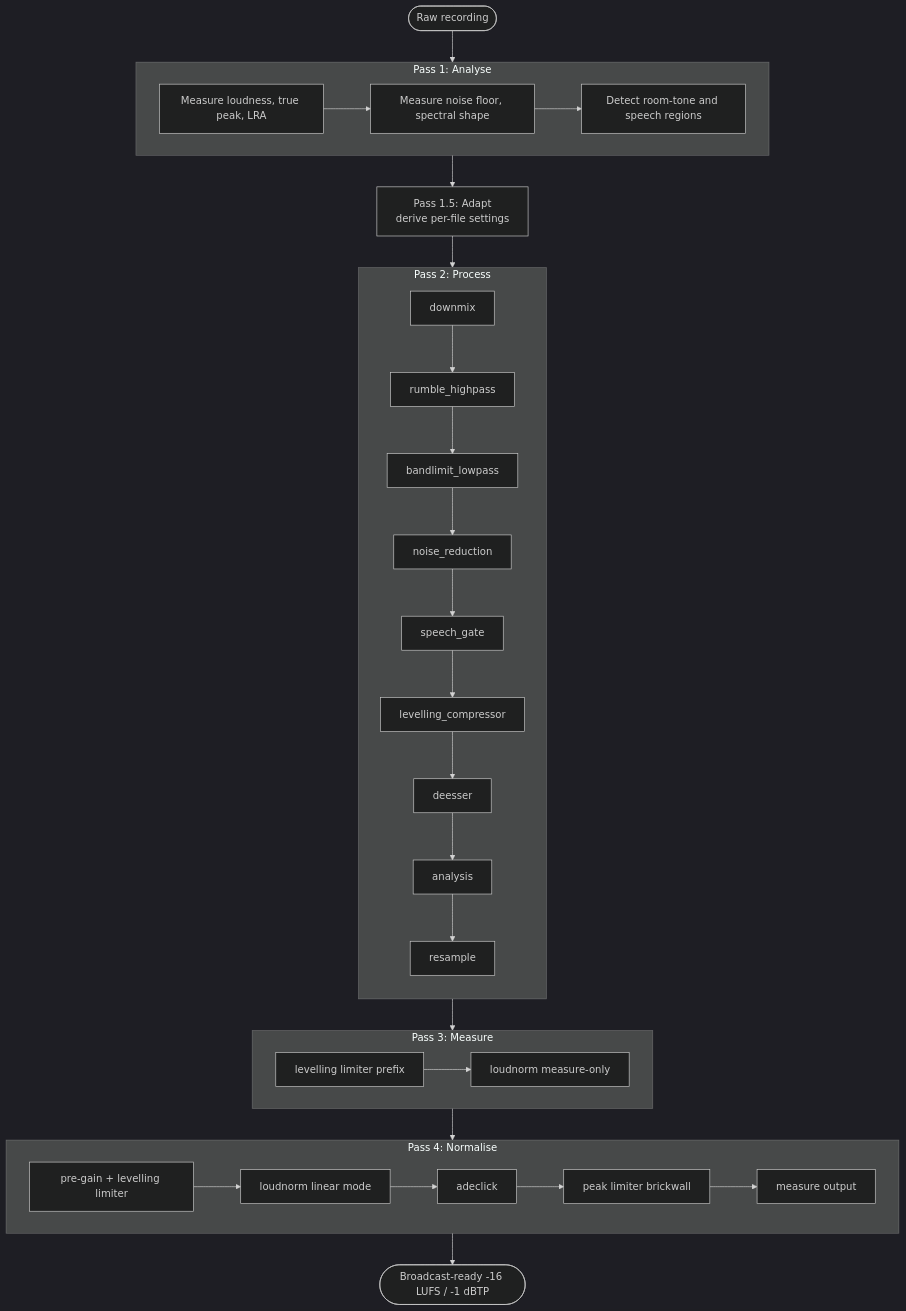
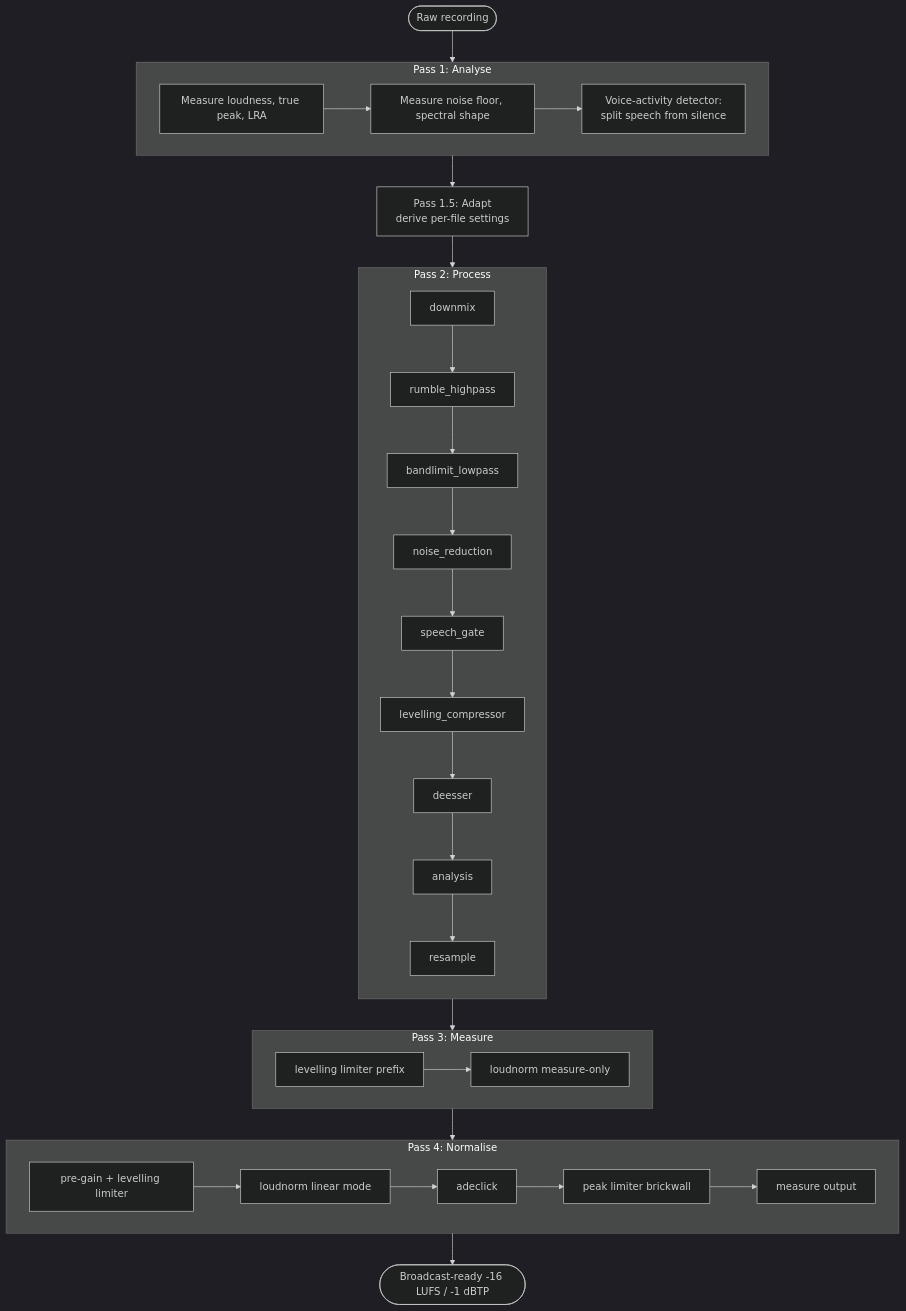
The diagram in docs/Pipeline.md (linuxmatters/jive-vocals), drawn with Mermaid (dark theme) before and after one commit. The commit also changed other lines of this file and 5 other files, not shown here.

First line of the commit message:
docs(processor): sync docs for unified VAD, speech scoring, and VoiceActivated semantics

````diff
--- a/docs/Pipeline.md
+++ b/docs/Pipeline.md
@@ -41,41 +42,41 @@
 ```mermaid
 flowchart TD
     IN([Raw recording]) --> P1
 
     subgraph P1 [Pass 1: Analyse]
         A1[Measure loudness, true peak, LRA] --> A2[Measure noise floor, spectral shape]
-        A2 --> A3[Detect room-tone and speech regions]
+        A2 --> A3[Voice-activity detector:<br/>split speech from silence]
     end
 
     P1 --> P2A[Pass 1.5: Adapt<br/>derive per-file settings]
 
     P2A --> P2
 
     subgraph P2 [Pass 2: Process]
         direction TB
         F1[downmix] --> F2[rumble_highpass]
         F2 --> F3[bandlimit_lowpass]
         F3 --> F4[noise_reduction]
         F4 --> F5[speech_gate]
         F5 --> F6[levelling_compressor]
         F6 --> F7[deesser]
         F7 --> F8[analysis]
         F8 --> F9[resample]
     end
 
     P2 --> P3
 
     subgraph P3 [Pass 3: Measure]
         M1[levelling limiter prefix] --> M2[loudnorm measure-only]
     end
 
     P3 --> P4
 
     subgraph P4 [Pass 4: Normalise]
         N1[pre-gain + levelling limiter] --> N2[loudnorm linear mode]
         N2 --> N3[adeclick] --> N4[peak limiter brickwall]
         N4 --> N5[measure output]
     end
 
     P4 --> OUT([Broadcast-ready -16 LUFS / -1 dBTP])
 ```
````
